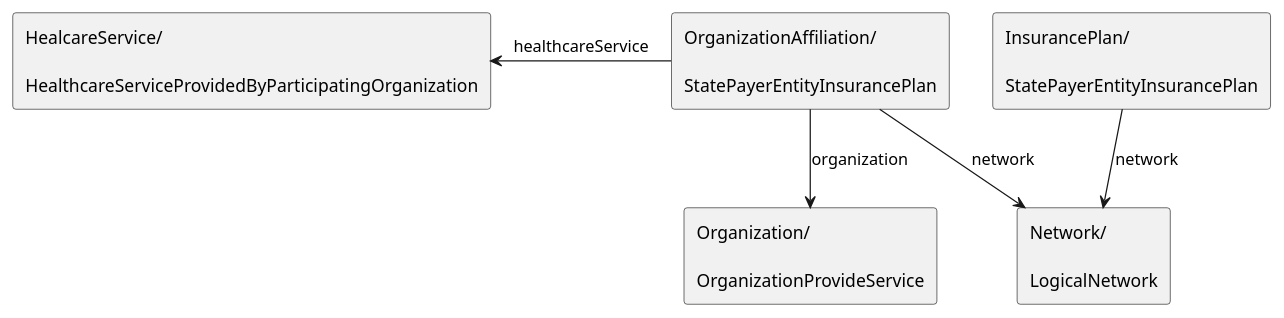
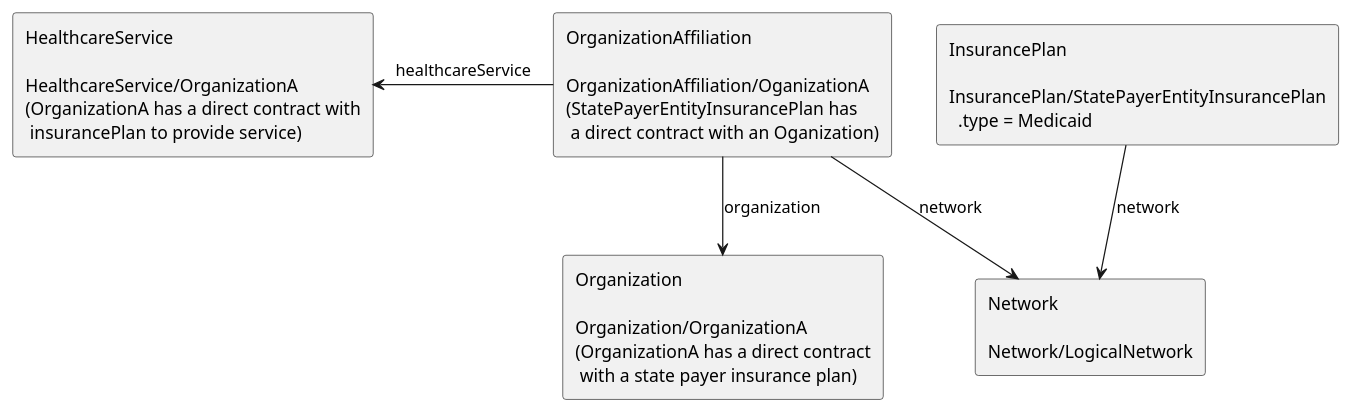
Before and after one commit to HL7/fhir-us-ndh: the diagram in input/images-source/insranceplanPayByService.plantuml, drawn with PlantUML. The commit also changed 13 other files, not shown here.

```diff
--- a/input/images-source/insranceplanPayByService.plantuml
+++ b/input/images-source/insranceplanPayByService.plantuml
@@ -1,15 +1,42 @@
 @startuml
 
-agent "OrganizationAffiliation/\n\nStatePayerEntityInsurancePlan" as orgAffil
-agent "InsurancePlan/\n\nStatePayerEntityInsurancePlan" as insur 
-agent "Network/\n\nLogicalNetwork" as network
-agent "Organization/\n\nOrganizationProvideService" as orgnization
-agent "HealcareService/\n\nHealthcareServiceProvidedByParticipatingOrganization" as service
+agent orgAffil [
+    OrganizationAffiliation
+
+    OrganizationAffiliation/OganizationA
+    (StatePayerEntityInsurancePlan has 
+     a direct contract with an Oganization)
+]
+agent insur [
+    InsurancePlan
+    
+    InsurancePlan/StatePayerEntityInsurancePlan
+      .type = Medicaid
+]
+agent network [
+    Network
+
+    Network/LogicalNetwork
+]
+agent organization [
+    Organization
+    
+    Organization/OrganizationA
+    (OrganizationA has a direct contract
+     with a state payer insurance plan)
+]
+agent service [
+    HealthcareService
+    
+    HealthcareService/OrganizationA
+    (OrganizationA has a direct contract with
+     insurancePlan to provide service)
+]
 
 insur -down-> network : network
 orgAffil -down-> network : network
-orgAffil -down-> orgnization : organization
+orgAffil -down-> organization : organization
 orgAffil -left-> service : healthcareService
 
 
 @enduml
```
